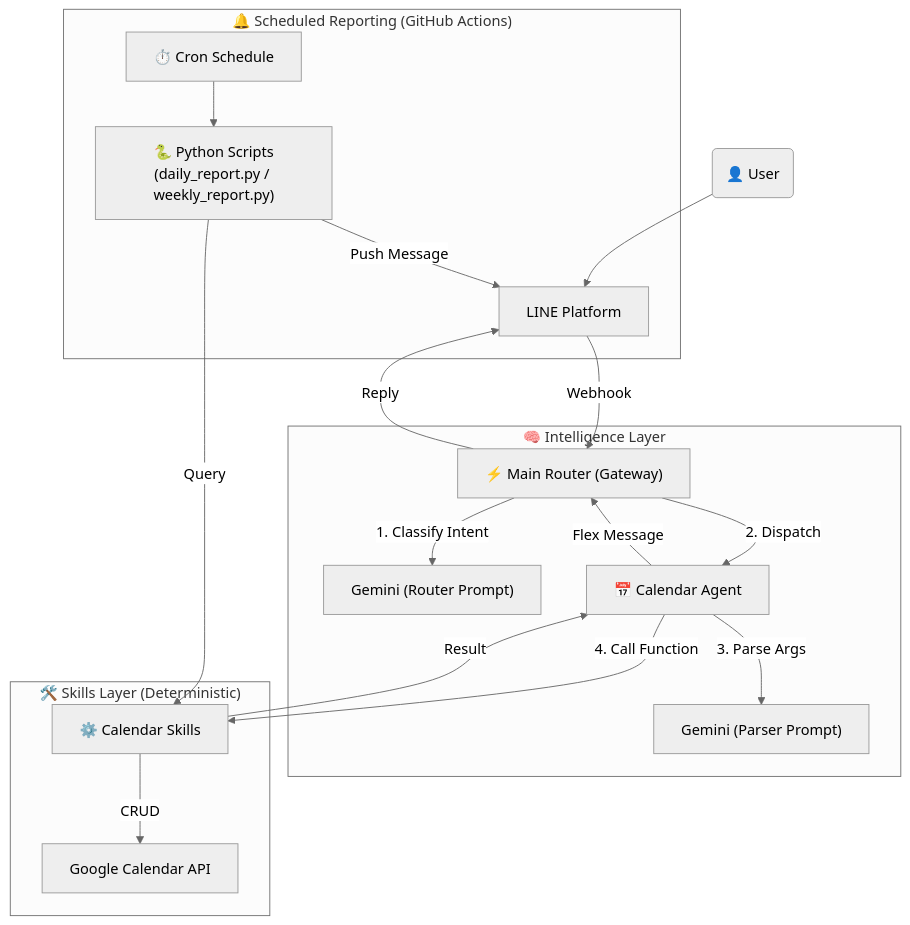
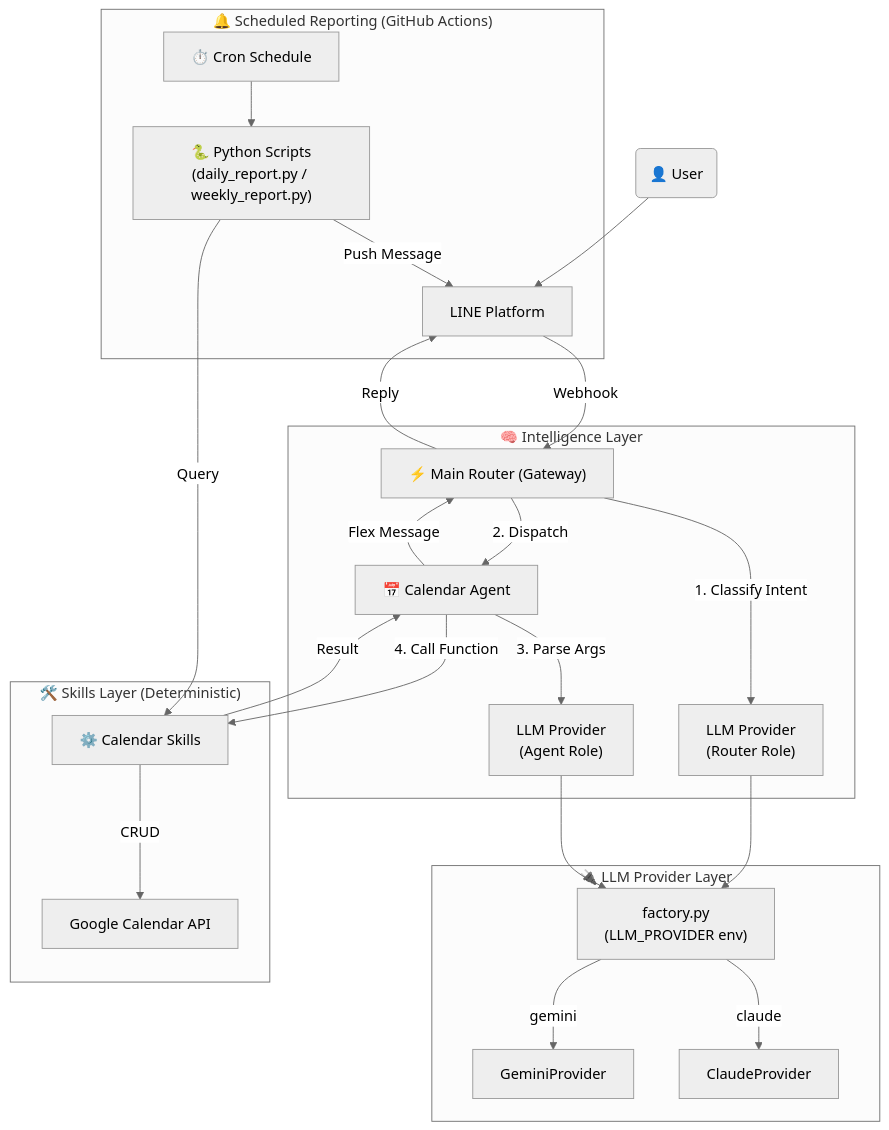
One commit to YenChengLai/ai-butler-python changed the diagram in README.en.md. Above: the diagram before and after it, drawn with Mermaid (neutral theme). The commit also changed other lines of this file and 14 other files, not shown here.

````diff
--- a/README.en.md
+++ b/README.en.md
@@ -36,26 +37,32 @@
 ```mermaid
 graph TD
     User("👤 User") --> Line["LINE Platform"]
     Line --Webhook--> Gateway["⚡ Main Router (Gateway)"]
 
     subgraph "🧠 Intelligence Layer"
-        Gateway --"1. Classify Intent"--> RouterModel["Gemini (Router Prompt)"]
+        Gateway --"1. Classify Intent"--> RouterLLM["LLM Provider\n(Router Role)"]
         Gateway --"2. Dispatch"--> CalAgent["📅 Calendar Agent"]
-        CalAgent --"3. Parse Args"--> AgentModel["Gemini (Parser Prompt)"]
+        CalAgent --"3. Parse Args"--> AgentLLM["LLM Provider\n(Agent Role)"]
+    end
+
+    subgraph "🔌 LLM Provider Layer"
+        RouterLLM & AgentLLM --> Factory["factory.py\n(LLM_PROVIDER env)"]
+        Factory -->|gemini| Gemini["GeminiProvider"]
+        Factory -->|claude| Claude["ClaudeProvider"]
     end
 
     subgraph "🛠️ Skills Layer (Deterministic)"
         CalAgent --"4. Call Function"--> Skill["⚙️ Calendar Skills"]
         Skill --"CRUD"--> GCal["Google Calendar API"]
     end
 
     subgraph "🔔 Scheduled Reporting (GitHub Actions)"
         Cron["⏱️ Cron Schedule"] --> Scripts["🐍 Python Scripts\n(daily_report.py / weekly_report.py)"]
         Scripts --"Query"--> Skill
         Scripts --"Push Message"--> Line
     end
 
     Skill --"Result"--> CalAgent
     CalAgent --"Flex Message"--> Gateway
     Gateway --"Reply"--> Line
 ```
````
